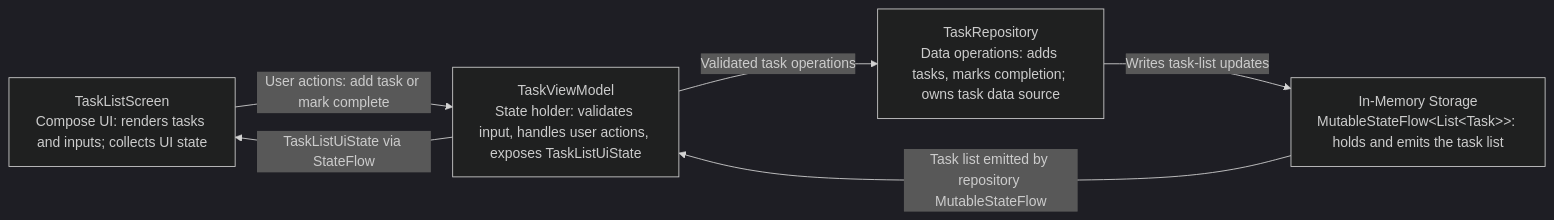
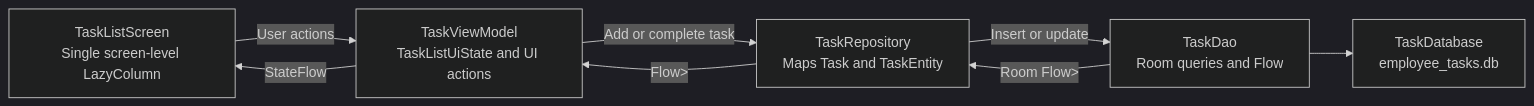
Before and after one commit to kchauhan5497/EmployeeTaskManager-Kotlin: the diagram in docs/ARCHITECTURE.md, drawn with Mermaid (dark theme). The commit also changed other lines of this file and 4 other files, not shown here.

````diff
--- a/docs/ARCHITECTURE.md
+++ b/docs/ARCHITECTURE.md
@@ -17,13 +13,15 @@
 ```mermaid
 flowchart LR
-    UI["TaskListScreen<br/>Compose UI: renders tasks and inputs; collects UI state"]
-    VM["TaskViewModel<br/>State holder: validates input, handles user actions, exposes TaskListUiState"]
-    REPO["TaskRepository<br/>Data operations: adds tasks, marks completion; owns task data source"]
-    STORE["In-Memory Storage<br/>MutableStateFlow&lt;List&lt;Task&gt;&gt;: holds and emits the task list"]
-
-    UI -->|"User actions: add task or mark complete"| VM
-    VM -->|"Validated task operations"| REPO
-    REPO -->|"Writes task-list updates"| STORE
-    STORE -->|"Task list emitted by repository MutableStateFlow"| VM
-    VM -->|"TaskListUiState via StateFlow"| UI
+    UI["TaskListScreen<br/>Single screen-level LazyColumn"]
+    VM["TaskViewModel<br/>TaskListUiState and UI actions"]
+    REPO["TaskRepository<br/>Maps Task and TaskEntity"]
+    DAO["TaskDao<br/>Room queries and Flow"]
+    DB["TaskDatabase<br/>employee_tasks.db"]
+    UI -->|"User actions"| VM
+    VM -->|"Add or complete task"| REPO
+    REPO -->|"Insert or update"| DAO
+    DAO -->|"Room Flow<List<TaskEntity>>"| REPO
+    REPO -->|"Flow<List<Task>>"| VM
+    VM -->|"StateFlow<TaskListUiState>"| UI
+    DAO --> DB
 ```
````
